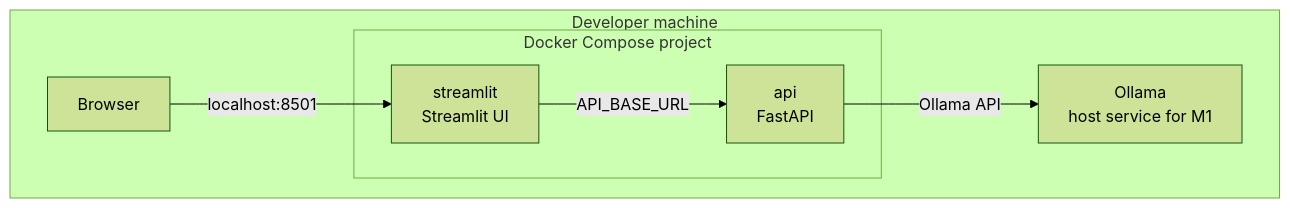
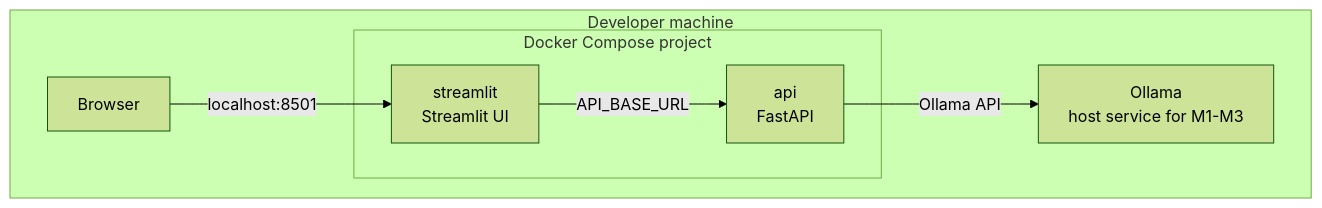
Before and after one commit to omcs-i-a/closed-llm-platform: the second of 4 diagrams in docs/architecture.md, drawn with Mermaid (forest theme). The commit also changed other lines of this file and 26 other files, not shown here.

````diff
--- a/docs/architecture.md
+++ b/docs/architecture.md
@@ -52,17 +55,17 @@
 ```mermaid
 flowchart TB
   subgraph DevMachine[Developer machine]
     Browser[Browser]
 
     subgraph Compose[Docker Compose project]
       StreamlitContainer[streamlit\nStreamlit UI]
       ApiContainer[api\nFastAPI]
     end
 
-    OllamaRuntime[Ollama\nhost service for M1]
+    OllamaRuntime[Ollama\nhost service for M1-M3]
   end
 
   Browser -->|localhost:8501| StreamlitContainer
   StreamlitContainer -->|API_BASE_URL| ApiContainer
   ApiContainer -->|Ollama API| OllamaRuntime
 ```
````
